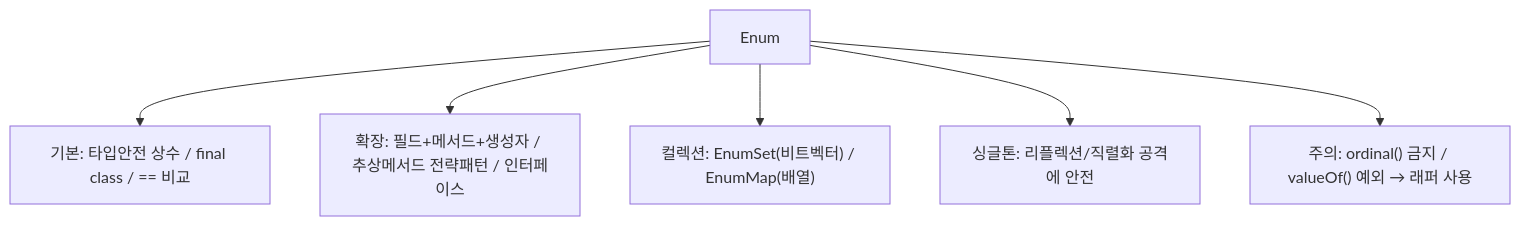
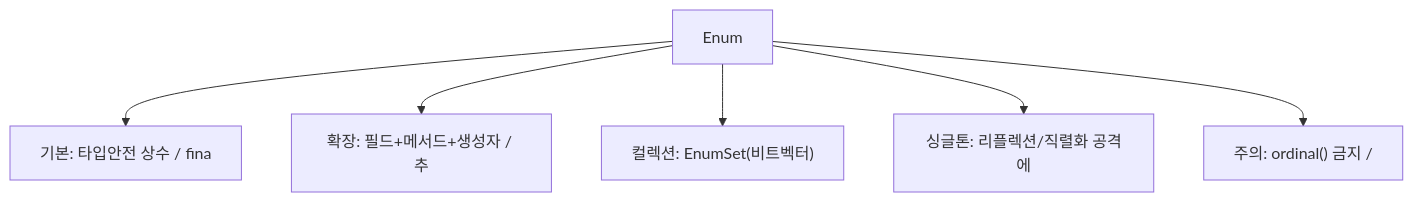
The fourth of 4 diagrams in _posts/java/2026-05-01-java-enum.md (yjkim2015/yjkim2015.github.io), drawn with Mermaid before and after one commit. The commit also changed other lines of this file and 271 other files, not shown here.

First line of the commit message:
Mermaid 라벨 축소: 긴 노드 텍스트 18자 이하로 트림 + \n 제거

````diff
--- a/_posts/java/2026-05-01-java-enum.md
+++ b/_posts/java/2026-05-01-java-enum.md
@@ -803,8 +803,8 @@
 ```mermaid
 graph TD
-    A["Enum"] --> B["기본: 타입안전 상수 / final class / == 비교"]
-    A --> C["확장: 필드+메서드+생성자 / 추상메서드 전략패턴 / 인터페이스"]
-    A --> D["컬렉션: EnumSet(비트벡터) / EnumMap(배열)"]
-    A --> E["싱글톤: 리플렉션/직렬화 공격에 안전"]
-    A --> F["주의: ordinal() 금지 / valueOf() 예외 → 래퍼 사용"]
+    A["Enum"] --> B["기본: 타입안전 상수 / fina"]
+    A --> C["확장: 필드+메서드+생성자 / 추"]
+    A --> D["컬렉션: EnumSet(비트벡터)"]
+    A --> E["싱글톤: 리플렉션/직렬화 공격에"]
+    A --> F["주의: ordinal() 금지 /"]
 ```
````
